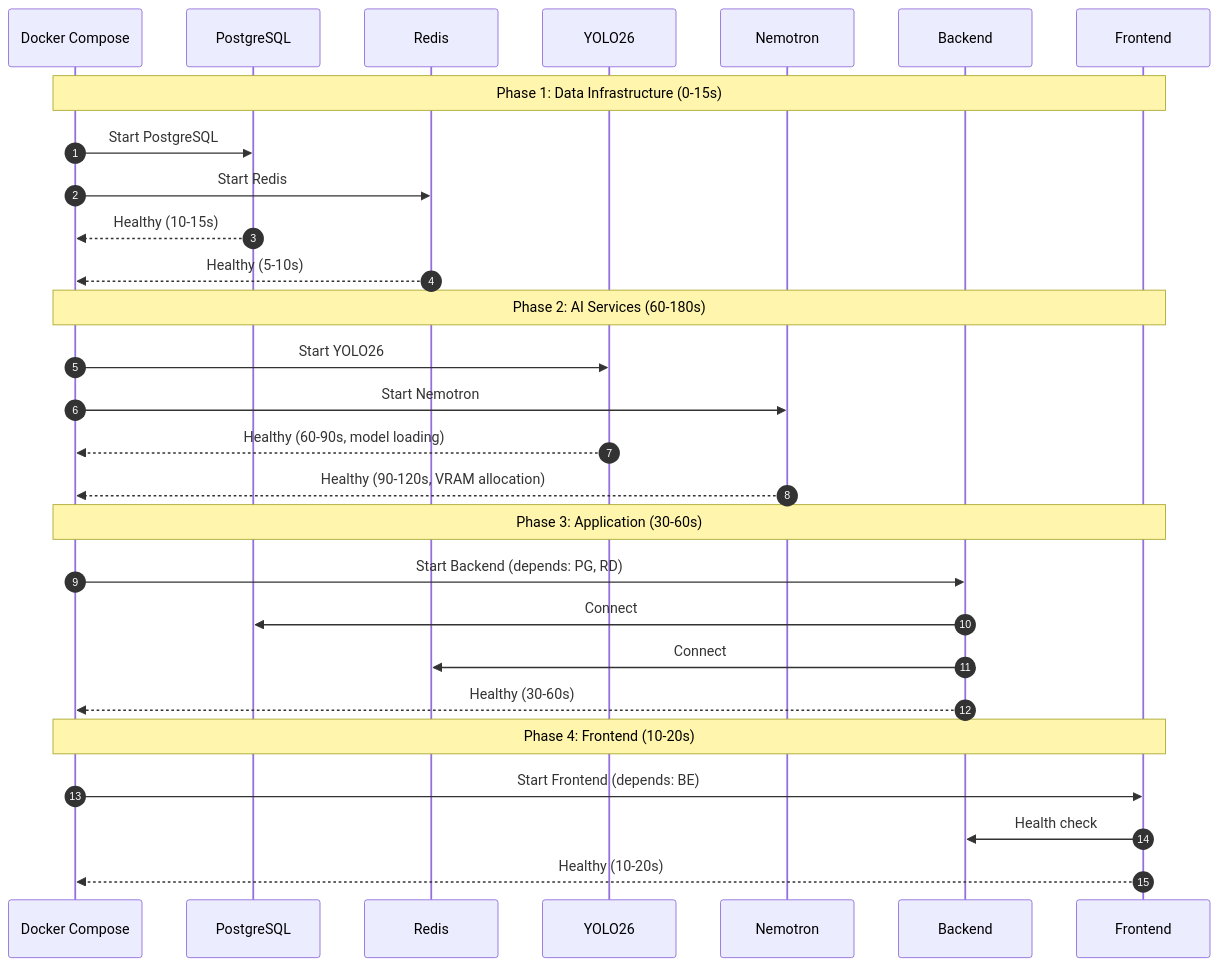
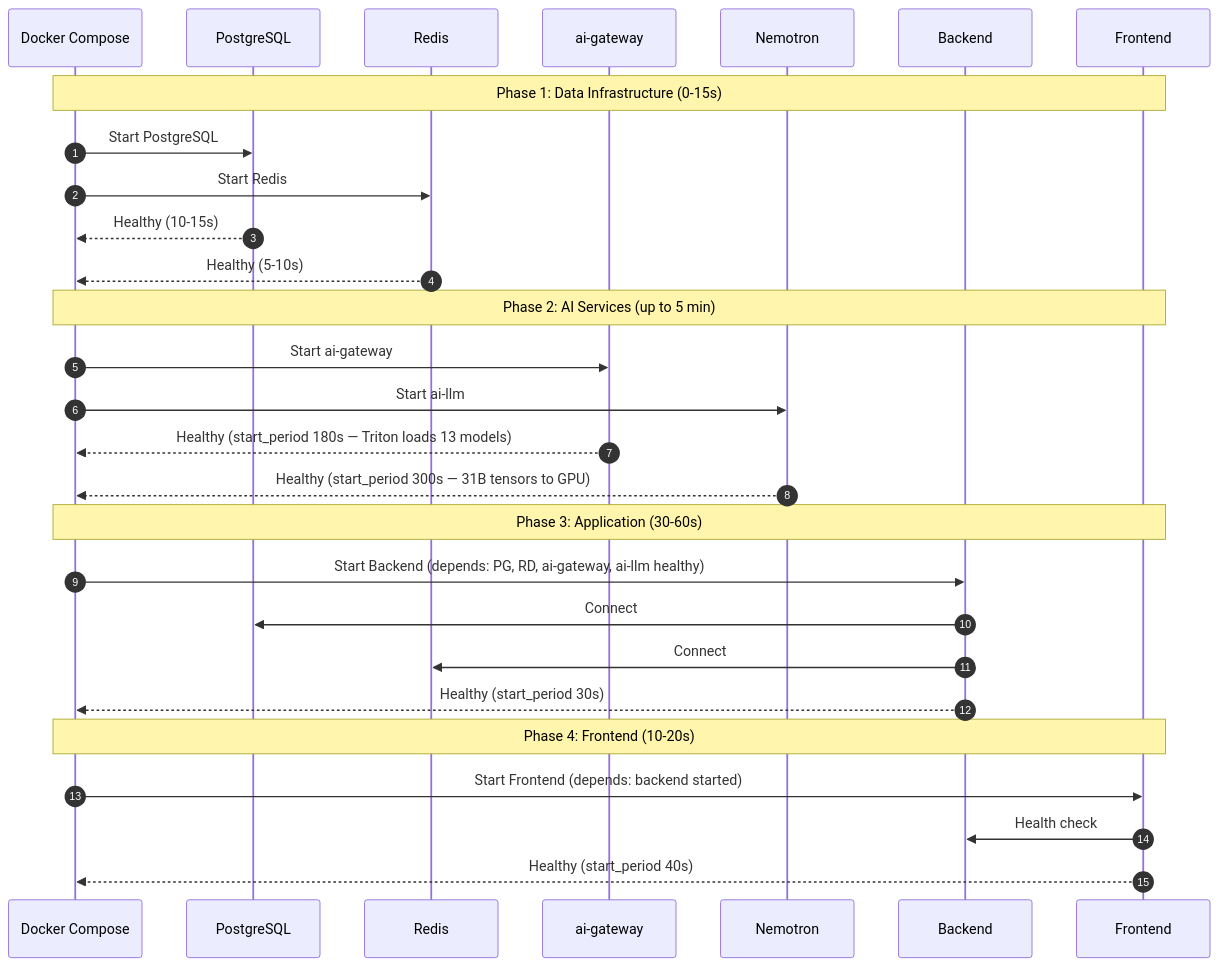
Before and after one commit to mikesvoboda/nemotron-v3-home-security-intelligence: the third of 3 diagrams in docs/operator/deployment/README.md, drawn with Mermaid. The commit also changed other lines of this file and 313 other files, not shown here.

````diff
--- a/docs/operator/deployment/README.md
+++ b/docs/operator/deployment/README.md
@@ -534,34 +573,34 @@
 ```mermaid
 sequenceDiagram
     autonumber
     participant DC as Docker Compose
     participant PG as PostgreSQL
     participant RD as Redis
-    participant RT as YOLO26
+    participant GW as ai-gateway
     participant NM as Nemotron
     participant BE as Backend
     participant FE as Frontend
 
     Note over DC,FE: Phase 1: Data Infrastructure (0-15s)
     DC->>PG: Start PostgreSQL
     DC->>RD: Start Redis
     PG-->>DC: Healthy (10-15s)
     RD-->>DC: Healthy (5-10s)
 
-    Note over DC,FE: Phase 2: AI Services (60-180s)
-    DC->>RT: Start YOLO26
-    DC->>NM: Start Nemotron
-    RT-->>DC: Healthy (60-90s, model loading)
-    NM-->>DC: Healthy (90-120s, VRAM allocation)
+    Note over DC,FE: Phase 2: AI Services (up to 5 min)
+    DC->>GW: Start ai-gateway
+    DC->>NM: Start ai-llm
+    GW-->>DC: Healthy (start_period 180s — Triton loads 13 models)
+    NM-->>DC: Healthy (start_period 300s — 31B tensors to GPU)
 
     Note over DC,FE: Phase 3: Application (30-60s)
-    DC->>BE: Start Backend (depends: PG, RD)
+    DC->>BE: Start Backend (depends: PG, RD, ai-gateway, ai-llm healthy)
     BE->>PG: Connect
     BE->>RD: Connect
-    BE-->>DC: Healthy (30-60s)
+    BE-->>DC: Healthy (start_period 30s)
 
     Note over DC,FE: Phase 4: Frontend (10-20s)
-    DC->>FE: Start Frontend (depends: BE)
+    DC->>FE: Start Frontend (depends: backend started)
     FE->>BE: Health check
-    FE-->>DC: Healthy (10-20s)
+    FE-->>DC: Healthy (start_period 40s)
 ```
````
